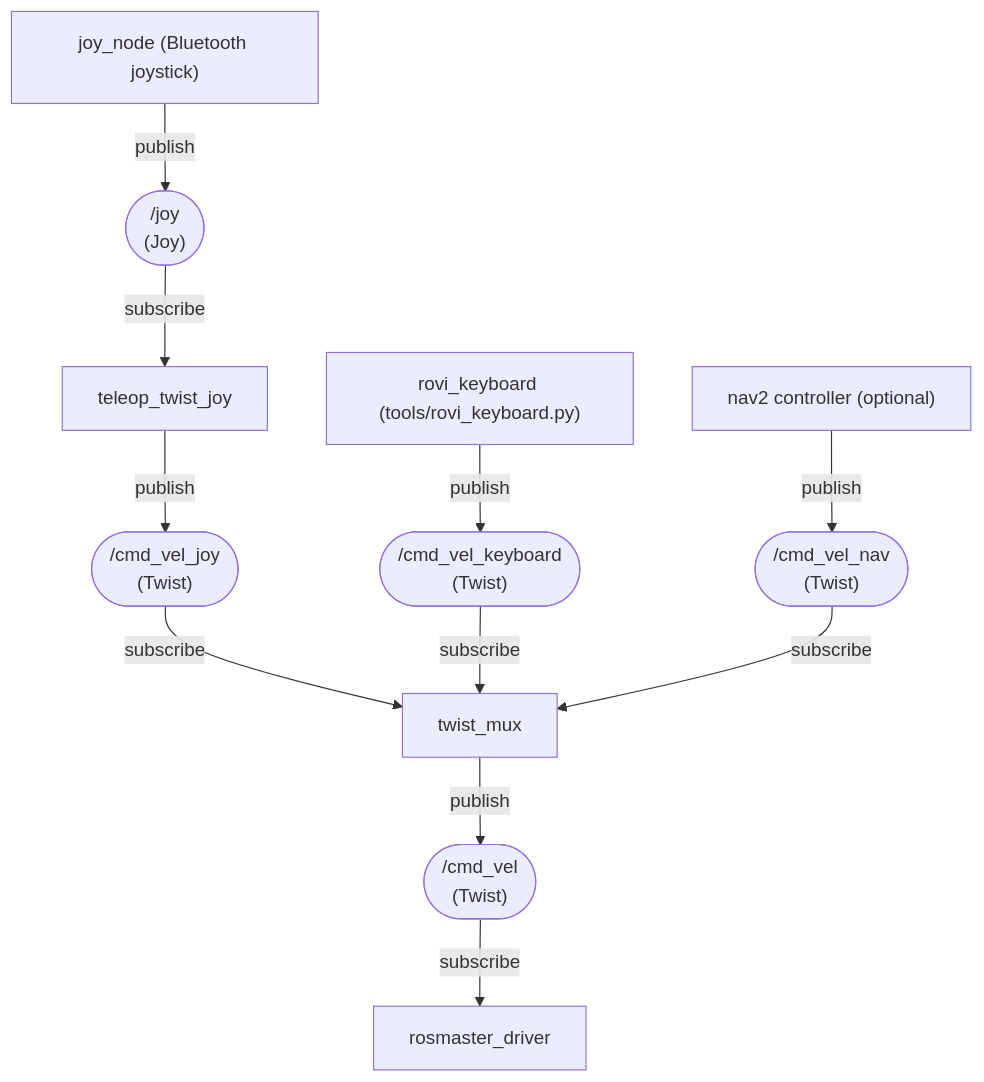
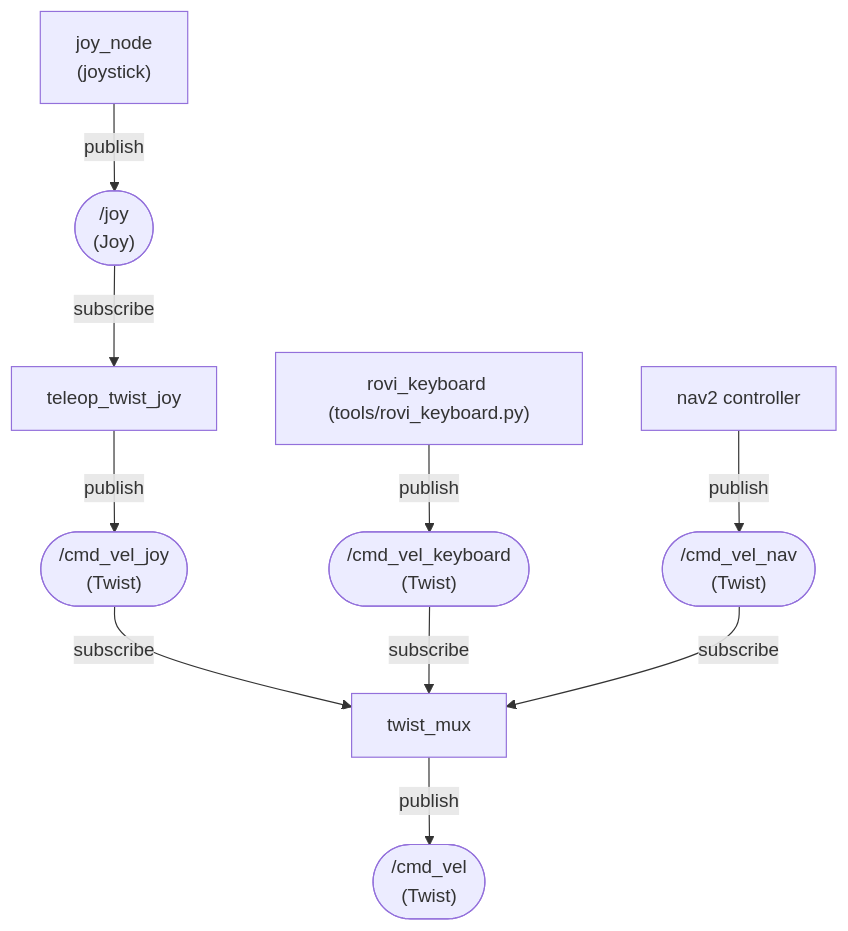
Before and after one commit to Roblibs/rovi_ros_ws: the fifth of 13 diagrams in README.md, drawn with Mermaid. The commit also changed other lines of this file, not shown here.

````diff
--- a/README.md
+++ b/README.md
@@ -307,29 +390,27 @@
 ```mermaid
 flowchart TD
-  Joystick["joy_node (Bluetooth joystick)"]
+  Joystick["joy_node <br> (joystick)"]
   JOY(["/joy<br/>(Joy)"])
   Joystick -->|publish| JOY
 
   TeleopJoy["teleop_twist_joy"]
   JOY -->|subscribe| TeleopJoy
   CMD_JOY(["/cmd_vel_joy<br/>(Twist)"])
   TeleopJoy -->|publish| CMD_JOY
 
   Keyboard["rovi_keyboard (tools/rovi_keyboard.py)"]
   CMD_KEY(["/cmd_vel_keyboard<br/>(Twist)"])
   Keyboard -->|publish| CMD_KEY
 
-  Nav2["nav2 controller (optional)"]
+  Nav2["nav2 controller"]
   CMD_NAV(["/cmd_vel_nav<br/>(Twist)"])
   Nav2 -->|publish| CMD_NAV
 
   TwistMux["twist_mux"]
   CMD_JOY -->|subscribe| TwistMux
   CMD_KEY -->|subscribe| TwistMux
   CMD_NAV -->|subscribe| TwistMux
   CMD(["/cmd_vel<br/>(Twist)"])
   TwistMux -->|publish| CMD
 
-  Rosmaster["rosmaster_driver"]
-  CMD -->|subscribe| Rosmaster
 ```
````
